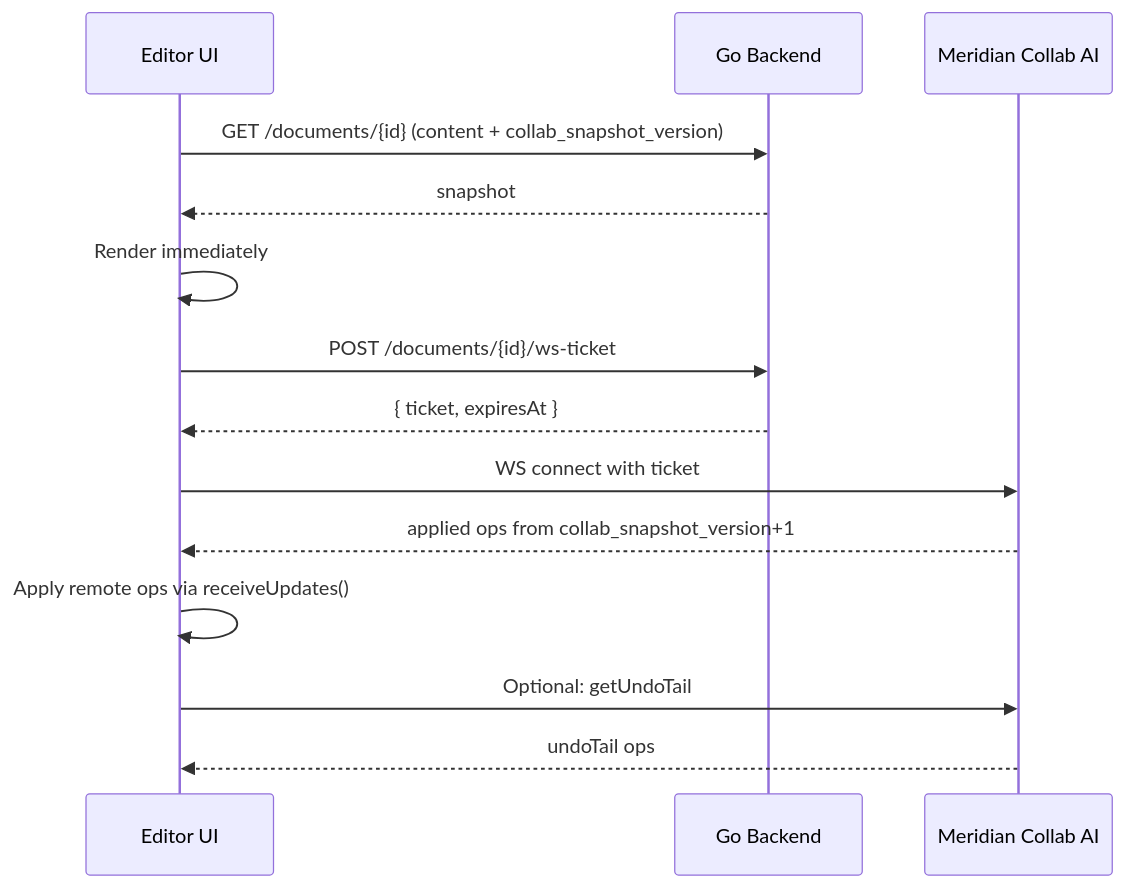
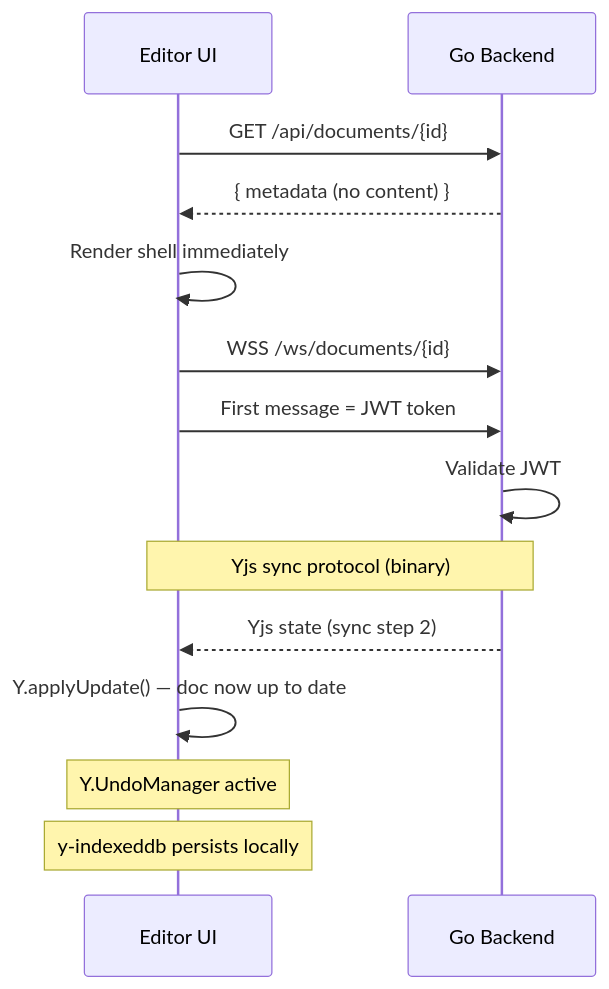
Before and after one commit to haowjy/meridian-flow: the diagram in _docs/plans/fb-realtime-collab-editing.md, drawn with Mermaid. The commit also changed other lines of this file and 19 other files, not shown here.

````diff
--- a/_docs/plans/fb-realtime-collab-editing.md
+++ b/_docs/plans/fb-realtime-collab-editing.md
@@ -321,17 +375,17 @@
 ```mermaid
 sequenceDiagram
     participant UI as Editor UI
     participant Go as Go Backend
-    participant Node as Meridian Collab AI
 
-    UI->>Go: GET /documents/{id} (content + collab_snapshot_version)
-    Go-->>UI: snapshot
-    UI->>UI: Render immediately
-    UI->>Go: POST /documents/{id}/ws-ticket
-    Go-->>UI: { ticket, expiresAt }
-    UI->>Node: WS connect with ticket
-    Node-->>UI: applied ops from collab_snapshot_version+1
-    UI->>UI: Apply remote ops via receiveUpdates()
-    UI->>Node: Optional: getUndoTail
-    Node-->>UI: undoTail ops
+    UI->>Go: GET /api/documents/{id}
+    Go-->>UI: { metadata (no content) }
+    UI->>UI: Render shell immediately
+    UI->>Go: WSS /ws/documents/{id}
+    UI->>Go: First message = JWT token
+    Go->>Go: Validate JWT
+    Note over UI,Go: Yjs sync protocol (binary)
+    Go-->>UI: Yjs state (sync step 2)
+    UI->>UI: Y.applyUpdate() — doc now up to date
+    Note over UI: Y.UndoManager active
+    Note over UI: y-indexeddb persists locally
 ```
````
